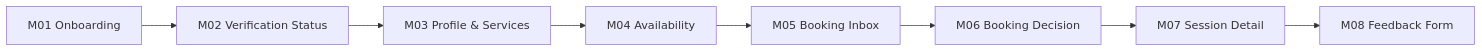
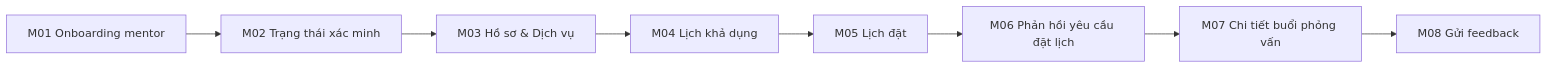
The third of 4 diagrams in docs/Project_Prototype/Prototype_Workflow.md (tnnhuaa/InterviewQuestionBank), drawn with Mermaid before and after one commit. The commit also changed other lines of this file, not shown here.

Commit message:
feat: Update prototype workflow documentation with revised persona flows and screen details

````diff
--- a/docs/Project_Prototype/Prototype_Workflow.md
+++ b/docs/Project_Prototype/Prototype_Workflow.md
@@ -168,10 +199,10 @@
 ```mermaid
 flowchart LR
-    M01["M01 Onboarding"] --> M02["M02 Verification Status"]
-    M02 --> M03["M03 Profile & Services"]
-    M03 --> M04["M04 Availability"]
-    M04 --> M05["M05 Booking Inbox"]
-    M05 --> M06["M06 Booking Decision"]
-    M06 --> M07["M07 Session Detail"]
-    M07 --> M08["M08 Feedback Form"]
+    M01["M01 Onboarding mentor"] --> M02["M02 Trạng thái xác minh"]
+    M02 --> M03["M03 Hồ sơ & Dịch vụ"]
+    M03 --> M04["M04 Lịch khả dụng"]
+    M04 --> M05["M05 Lịch đặt"]
+    M05 --> M06["M06 Phản hồi yêu cầu đặt lịch"]
+    M06 --> M07["M07 Chi tiết buổi phỏng vấn"]
+    M07 --> M08["M08 Gửi feedback"]
 ```
````
